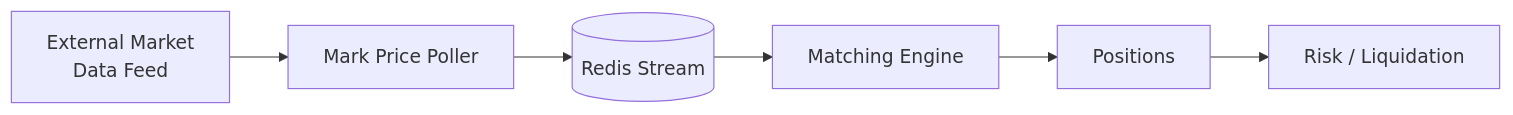
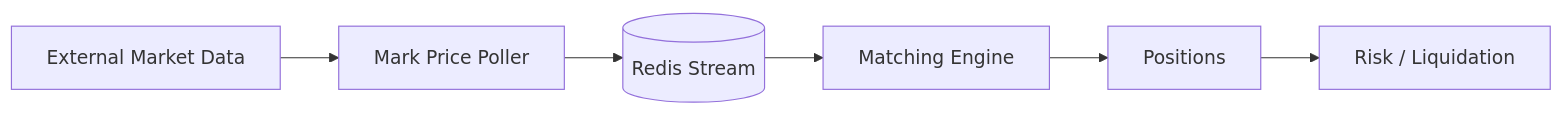
The eighth of 9 diagrams in README.md (MANI-116/PERP), drawn with Mermaid before and after one commit. The commit also changed other lines of this file, not shown here.

Commit message:
docs: redesign PerpX README as technical architecture showcase

````diff
--- a/README.md
+++ b/README.md
@@ -570,22 +330,8 @@
 ```mermaid
 flowchart LR
-
-    EXTERNAL["External Market<br/>Data Feed"]
-
-    POLLER["Mark Price Poller"]
-
-    STREAM[("Redis Stream")]
-
-    ENGINE["Matching Engine"]
-
-    POSITIONS["Positions"]
-
-    RISK["Risk / Liquidation"]
-
-    EXTERNAL --> POLLER
-    POLLER --> STREAM
-    STREAM --> ENGINE
-
-    ENGINE --> POSITIONS
-    POSITIONS --> RISK
+    EXT["External Market Data"] --> P["Mark Price Poller"]
+    P --> S[("Redis Stream")]
+    S --> E["Matching Engine"]
+    E --> POS["Positions"]
+    POS --> R["Risk / Liquidation"]
 ```
````
